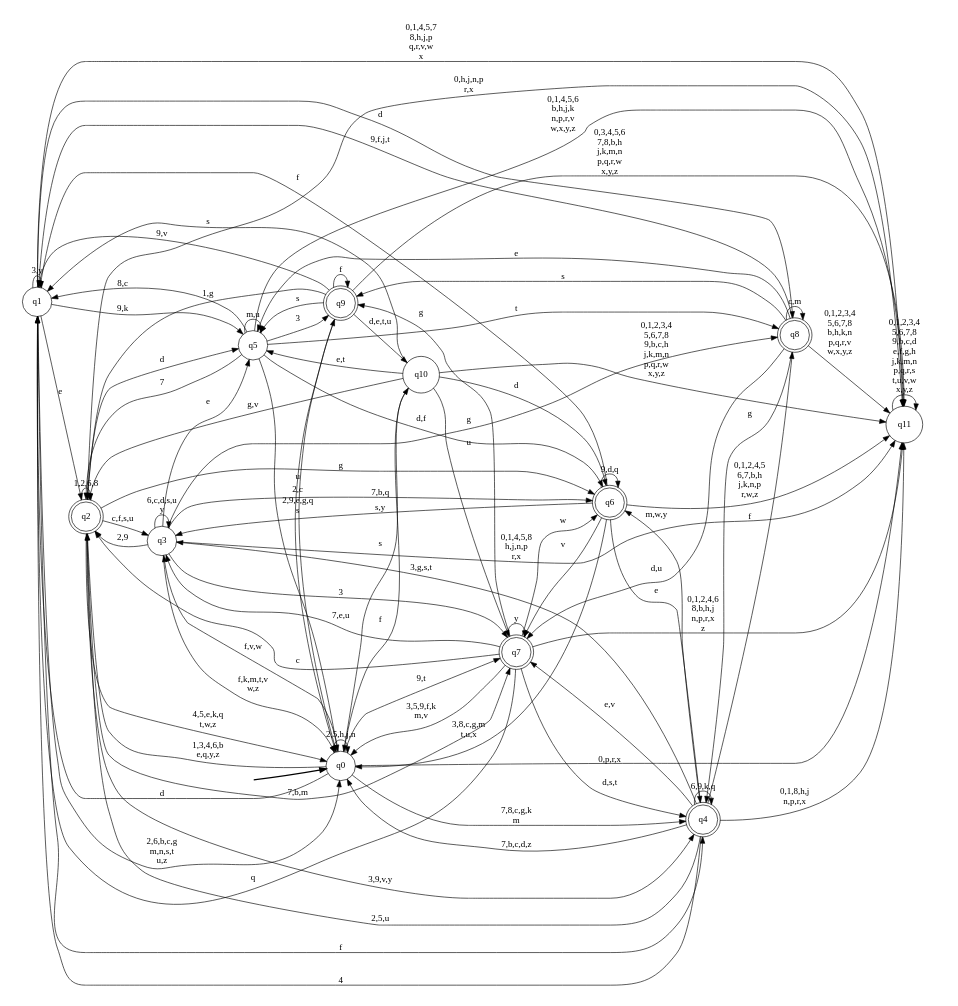
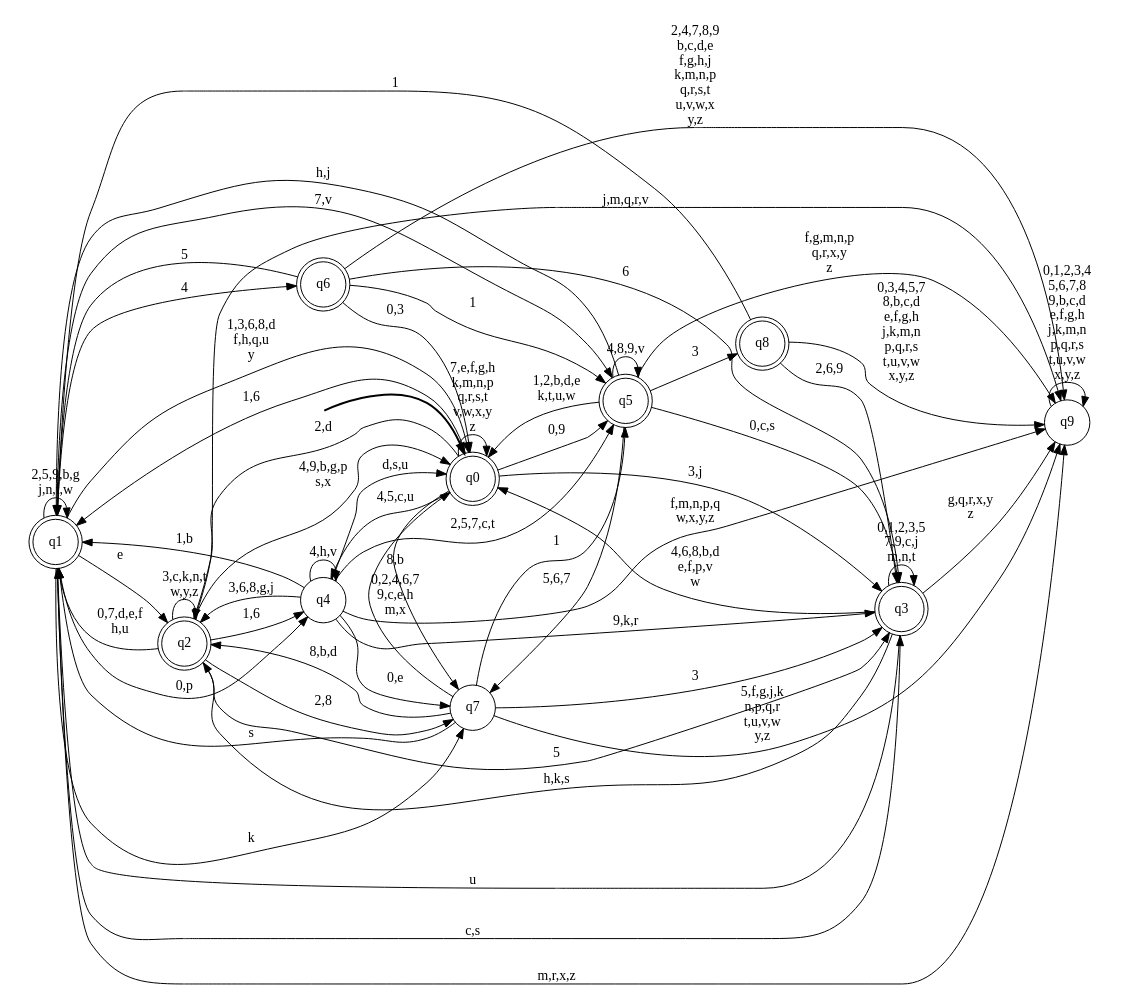
Before and after one commit to gabrer/mobility_similarity_exp: the diagram in dfas_of_users/068.dot, drawn with Graphviz. The commit also changed 4997 other files, not shown here.

```diff
--- a/dfas_of_users/068.dot
+++ b/dfas_of_users/068.dot
@@ -1,112 +1,81 @@
 digraph DFA {
 __start0 [style = invis, shape = none, label = "", width = 0, height = 0];
 
 rankdir=LR;
 size="8,5";
 
-s0 [style="filled", color="black", fillcolor="white" shape="circle", label="q0"];
-s1 [style="filled", color="black", fillcolor="white" shape="circle", label="q1"];
+s0 [style="rounded,filled", color="black", fillcolor="white" shape="doublecircle", label="q0"];
+s1 [style="rounded,filled", color="black", fillcolor="white" shape="doublecircle", label="q1"];
 s2 [style="rounded,filled", color="black", fillcolor="white" shape="doublecircle", label="q2"];
-s3 [style="filled", color="black", fillcolor="white" shape="circle", label="q3"];
-s4 [style="rounded,filled", color="black", fillcolor="white" shape="doublecircle", label="q4"];
-s5 [style="filled", color="black", fillcolor="white" shape="circle", label="q5"];
+s3 [style="rounded,filled", color="black", fillcolor="white" shape="doublecircle", label="q3"];
+s4 [style="filled", color="black", fillcolor="white" shape="circle", label="q4"];
+s5 [style="rounded,filled", color="black", fillcolor="white" shape="doublecircle", label="q5"];
 s6 [style="rounded,filled", color="black", fillcolor="white" shape="doublecircle", label="q6"];
-s7 [style="rounded,filled", color="black", fillcolor="white" shape="doublecircle", label="q7"];
+s7 [style="filled", color="black", fillcolor="white" shape="circle", label="q7"];
 s8 [style="rounded,filled", color="black", fillcolor="white" shape="doublecircle", label="q8"];
-s9 [style="rounded,filled", color="black", fillcolor="white" shape="doublecircle", label="q9"];
-s10 [style="filled", color="black", fillcolor="white" shape="circle", label="q10"];
-s11 [style="filled", color="black", fillcolor="white" shape="circle", label="q11"];
+s9 [style="filled", color="black", fillcolor="white" shape="circle", label="q9"];
 subgraph cluster_main { 
 	graph [pad=".75", ranksep="0.15", nodesep="0.15"];
 	 style=invis; 
 	__start0 -> s0 [penwidth=2];
 }
-s0 -> s0 [label="2,5,h,j,n"];
-s0 -> s1 [label="d"];
-s0 -> s2 [label="1,3,4,6,b\ne,q,y,z"];
-s0 -> s3 [label="f,v,w"];
-s0 -> s4 [label="7,8,c,g,k\nm"];
-s0 -> s7 [label="9,t"];
-s0 -> s9 [label="u"];
-s0 -> s10 [label="s"];
-s0 -> s11 [label="0,p,r,x"];
-s1 -> s0 [label="2,6,b,c,g\nm,n,s,t\nu,z"];
-s1 -> s1 [label="3,y"];
+s0 -> s0 [label="7,e,f,g,h\nk,m,n,p\nq,r,s,t\nv,w,x,y\nz"];
+s0 -> s1 [label="1,6"];
+s0 -> s2 [label="2,d"];
+s0 -> s3 [label="3,j"];
+s0 -> s4 [label="4,5,c,u"];
+s0 -> s5 [label="0,9"];
+s0 -> s7 [label="8,b"];
+s1 -> s0 [label="1,3,6,8,d\nf,h,q,u\ny"];
+s1 -> s1 [label="2,5,9,b,g\nj,n,t,w"];
 s1 -> s2 [label="e"];
-s1 -> s4 [label="f"];
-s1 -> s5 [label="9,k"];
-s1 -> s8 [label="d"];
-s1 -> s11 [label="0,1,4,5,7\n8,h,j,p\nq,r,v,w\nx"];
-s2 -> s0 [label="4,5,e,k,q\nt,w,z"];
-s2 -> s2 [label="1,2,6,8"];
-s2 -> s3 [label="c,f,s,u"];
-s2 -> s4 [label="3,9,v,y"];
-s2 -> s5 [label="d"];
-s2 -> s6 [label="g"];
-s2 -> s7 [label="7,b,m"];
-s2 -> s11 [label="0,h,j,n,p\nr,x"];
-s3 -> s0 [label="f,k,m,t,v\nw,z"];
-s3 -> s2 [label="2,9"];
-s3 -> s3 [label="6,c,d,s,u\ny"];
-s3 -> s5 [label="e"];
-s3 -> s6 [label="7,b,q"];
-s3 -> s7 [label="3"];
-s3 -> s8 [label="g"];
-s3 -> s11 [label="0,1,4,5,8\nh,j,n,p\nr,x"];
-s4 -> s0 [label="7,b,c,d,z"];
-s4 -> s1 [label="4"];
-s4 -> s2 [label="2,5,u"];
-s4 -> s3 [label="3,g,s,t"];
-s4 -> s4 [label="6,9,k,q"];
-s4 -> s6 [label="m,w,y"];
-s4 -> s7 [label="e,v"];
-s4 -> s8 [label="f"];
-s4 -> s11 [label="0,1,8,h,j\nn,p,r,x"];
-s5 -> s0 [label="2,9,e,g,q\ns"];
-s5 -> s1 [label="8,c"];
-s5 -> s2 [label="7"];
-s5 -> s5 [label="m,u"];
-s5 -> s6 [label="d,f"];
-s5 -> s8 [label="t"];
-s5 -> s9 [label="3"];
-s5 -> s11 [label="0,1,4,5,6\nb,h,j,k\nn,p,r,v\nw,x,y,z"];
-s6 -> s0 [label="3,8,c,g,m\nt,u,x"];
-s6 -> s1 [label="f"];
-s6 -> s3 [label="s,y"];
-s6 -> s4 [label="e"];
-s6 -> s6 [label="9,d,q"];
-s6 -> s7 [label="v"];
-s6 -> s11 [label="0,1,2,4,5\n6,7,b,h\nj,k,n,p\nr,w,z"];
-s7 -> s0 [label="3,5,9,f,k\nm,v"];
-s7 -> s1 [label="q"];
-s7 -> s2 [label="c"];
-s7 -> s3 [label="7,e,u"];
-s7 -> s4 [label="d,s,t"];
-s7 -> s6 [label="w"];
-s7 -> s7 [label="y"];
-s7 -> s9 [label="g"];
-s7 -> s11 [label="0,1,2,4,6\n8,b,h,j\nn,p,r,x\nz"];
-s8 -> s1 [label="9,f,j,t"];
-s8 -> s4 [label="g"];
-s8 -> s5 [label="e"];
-s8 -> s7 [label="d,u"];
-s8 -> s8 [label="c,m"];
-s8 -> s9 [label="s"];
-s8 -> s11 [label="0,1,2,3,4\n5,6,7,8\nb,h,k,n\np,q,r,v\nw,x,y,z"];
-s9 -> s0 [label="2,c"];
-s9 -> s1 [label="9,v"];
-s9 -> s2 [label="1,g"];
-s9 -> s5 [label="s"];
-s9 -> s9 [label="f"];
-s9 -> s10 [label="d,e,t,u"];
-s9 -> s11 [label="0,3,4,5,6\n7,8,b,h\nj,k,m,n\np,q,r,w\nx,y,z"];
-s10 -> s0 [label="f"];
-s10 -> s1 [label="s"];
-s10 -> s2 [label="g,v"];
-s10 -> s5 [label="e,t"];
-s10 -> s6 [label="d"];
-s10 -> s7 [label="u"];
-s10 -> s11 [label="0,1,2,3,4\n5,6,7,8\n9,b,c,h\nj,k,m,n\np,q,r,w\nx,y,z"];
-s11 -> s11 [label="0,1,2,3,4\n5,6,7,8\n9,b,c,d\ne,f,g,h\nj,k,m,n\np,q,r,s\nt,u,v,w\nx,y,z"];
+s1 -> s3 [label="c,s"];
+s1 -> s4 [label="0,p"];
+s1 -> s5 [label="7,v"];
+s1 -> s6 [label="4"];
+s1 -> s7 [label="k"];
+s1 -> s9 [label="m,r,x,z"];
+s2 -> s0 [label="4,9,b,g,p\ns,x"];
+s2 -> s1 [label="0,7,d,e,f\nh,u"];
+s2 -> s2 [label="3,c,k,n,t\nw,y,z"];
+s2 -> s3 [label="5"];
+s2 -> s4 [label="1,6"];
+s2 -> s7 [label="2,8"];
+s2 -> s9 [label="j,m,q,r,v"];
+s3 -> s0 [label="4,6,8,b,d\ne,f,p,v\nw"];
+s3 -> s1 [label="u"];
+s3 -> s2 [label="h,k,s"];
+s3 -> s3 [label="0,1,2,3,5\n7,9,c,j\nm,n,t"];
+s3 -> s9 [label="g,q,r,x,y\nz"];
+s4 -> s0 [label="d,s,u"];
+s4 -> s1 [label="1,b"];
+s4 -> s2 [label="3,6,8,g,j"];
+s4 -> s3 [label="9,k,r"];
+s4 -> s4 [label="4,h,v"];
+s4 -> s5 [label="2,5,7,c,t"];
+s4 -> s7 [label="0,e"];
+s4 -> s9 [label="f,m,n,p,q\nw,x,y,z"];
+s5 -> s0 [label="1,2,b,d,e\nk,t,u,w"];
+s5 -> s1 [label="h,j"];
+s5 -> s3 [label="0,c,s"];
+s5 -> s5 [label="4,8,9,v"];
+s5 -> s7 [label="5,6,7"];
+s5 -> s8 [label="3"];
+s5 -> s9 [label="f,g,m,n,p\nq,r,x,y\nz"];
+s6 -> s0 [label="0,3"];
+s6 -> s1 [label="5"];
+s6 -> s3 [label="6"];
+s6 -> s5 [label="1"];
+s6 -> s9 [label="2,4,7,8,9\nb,c,d,e\nf,g,h,j\nk,m,n,p\nq,r,s,t\nu,v,w,x\ny,z"];
+s7 -> s0 [label="0,2,4,6,7\n9,c,e,h\nm,x"];
+s7 -> s1 [label="s"];
+s7 -> s2 [label="8,b,d"];
+s7 -> s3 [label="3"];
+s7 -> s5 [label="1"];
+s7 -> s9 [label="5,f,g,j,k\nn,p,q,r\nt,u,v,w\ny,z"];
+s8 -> s1 [label="1"];
+s8 -> s3 [label="2,6,9"];
+s8 -> s9 [label="0,3,4,5,7\n8,b,c,d\ne,f,g,h\nj,k,m,n\np,q,r,s\nt,u,v,w\nx,y,z"];
+s9 -> s9 [label="0,1,2,3,4\n5,6,7,8\n9,b,c,d\ne,f,g,h\nj,k,m,n\np,q,r,s\nt,u,v,w\nx,y,z"];
 
 }
```
